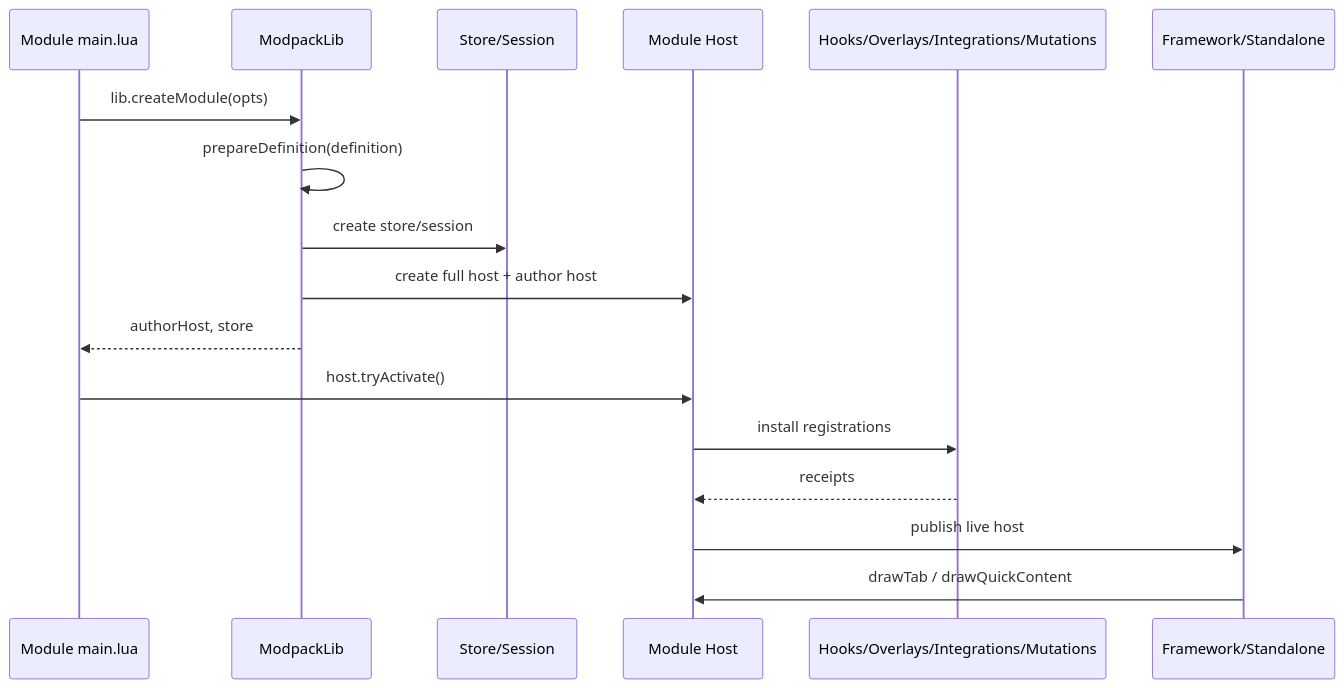
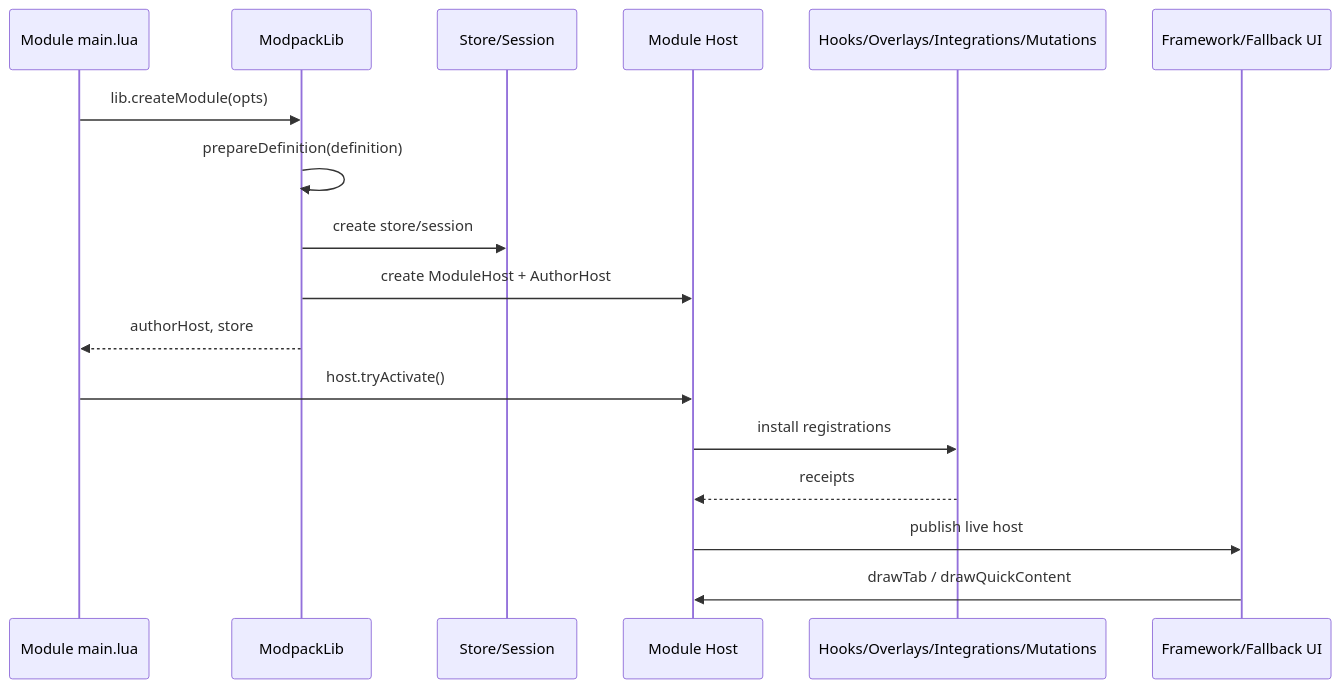
Before and after one commit to maybe-adamant/h2-pack-Modpack_Lib: the third of 5 diagrams in docs/SYSTEM_INFRASTRUCTURE.md, drawn with Mermaid. The commit also changed other lines of this file and 111 other files, not shown here.

Commit message:
Refactor module capabilities behind host facade

````diff
--- a/docs/SYSTEM_INFRASTRUCTURE.md
+++ b/docs/SYSTEM_INFRASTRUCTURE.md
@@ -103,21 +103,21 @@
 ```mermaid
 sequenceDiagram
     participant Module as Module main.lua
     participant Lib as ModpackLib
     participant State as Store/Session
     participant Host as Module Host
     participant Effects as Hooks/Overlays/Integrations/Mutations
-    participant Framework as Framework/Standalone
+    participant Framework as Framework/Fallback UI
 
     Module->>Lib: lib.createModule(opts)
     Lib->>Lib: prepareDefinition(definition)
     Lib->>State: create store/session
-    Lib->>Host: create full host + author host
+    Lib->>Host: create ModuleHost + AuthorHost
     Lib-->>Module: authorHost, store
 
     Module->>Host: host.tryActivate()
     Host->>Effects: install registrations
     Effects-->>Host: receipts
     Host->>Framework: publish live host
     Framework->>Host: drawTab / drawQuickContent
 ```
````
